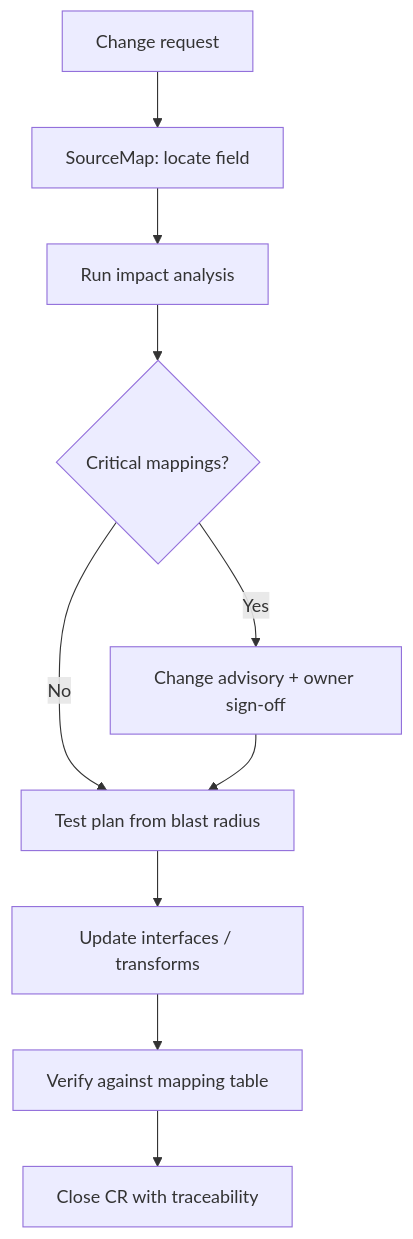
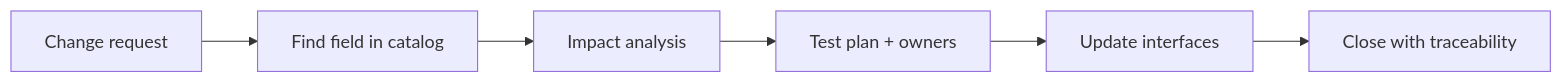
Before and after one commit to jah-guide/sourcemap: the second of 3 diagrams in docs/05-process-as-is-to-be.md, drawn with Mermaid. The commit also changed other lines of this file, not shown here.

Commit message:
docs: simplify as-is and to-be process diagrams

````diff
--- a/docs/05-process-as-is-to-be.md
+++ b/docs/05-process-as-is-to-be.md
@@ -22,12 +21,8 @@
 ```mermaid
-flowchart TD
-  CR[Change request] --> SM[SourceMap: locate field]
-  SM --> IMP[Run impact analysis]
-  IMP --> CAB{Critical mappings?}
-  CAB -->|Yes| REVIEW[Change advisory + owner sign-off]
-  CAB -->|No| PLAN[Test plan from blast radius]
-  REVIEW --> PLAN
-  PLAN --> BUILD[Update interfaces / transforms]
-  BUILD --> VERIFY[Verify against mapping table]
-  VERIFY --> CLOSE[Close CR with traceability]
+flowchart LR
+  CR[Change request] --> SM[Find field in catalog]
+  SM --> IMP[Impact analysis]
+  IMP --> PLAN[Test plan + owners]
+  PLAN --> SHIP[Update interfaces]
+  SHIP --> DONE[Close with traceability]
 ```
````
